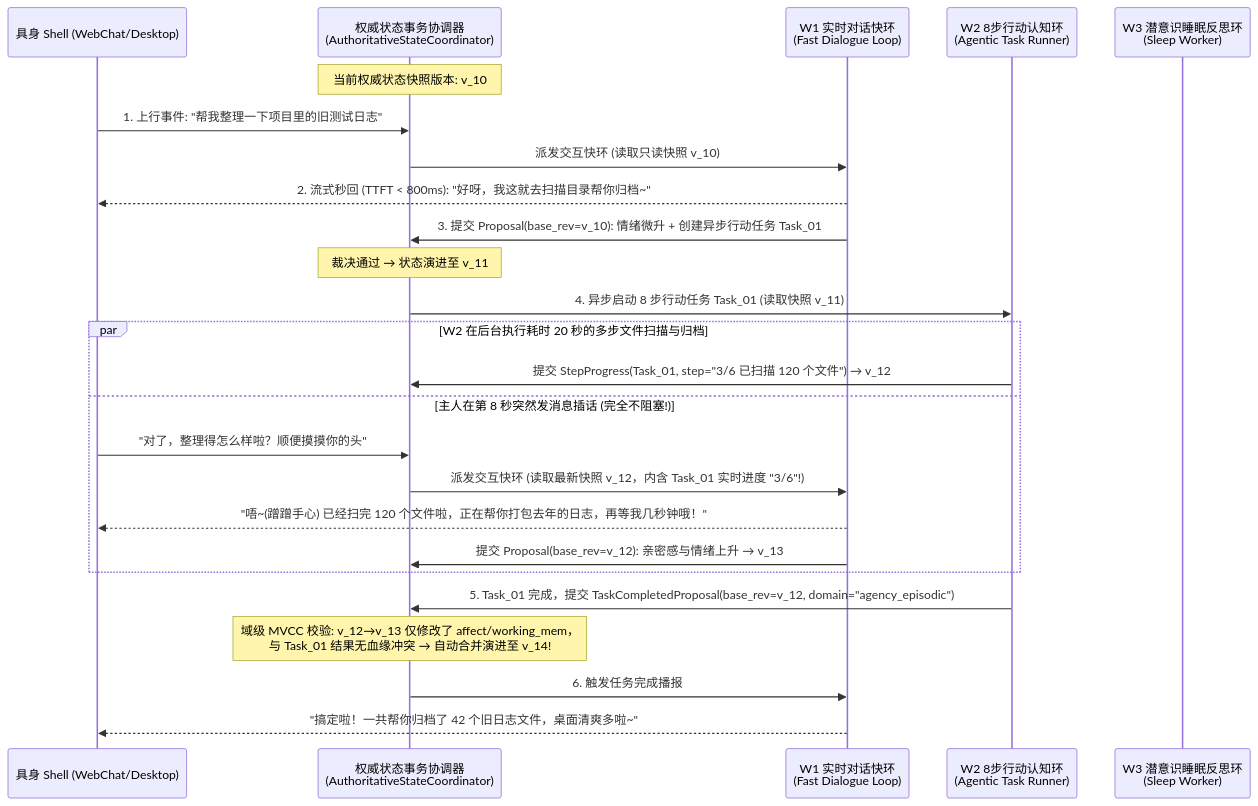
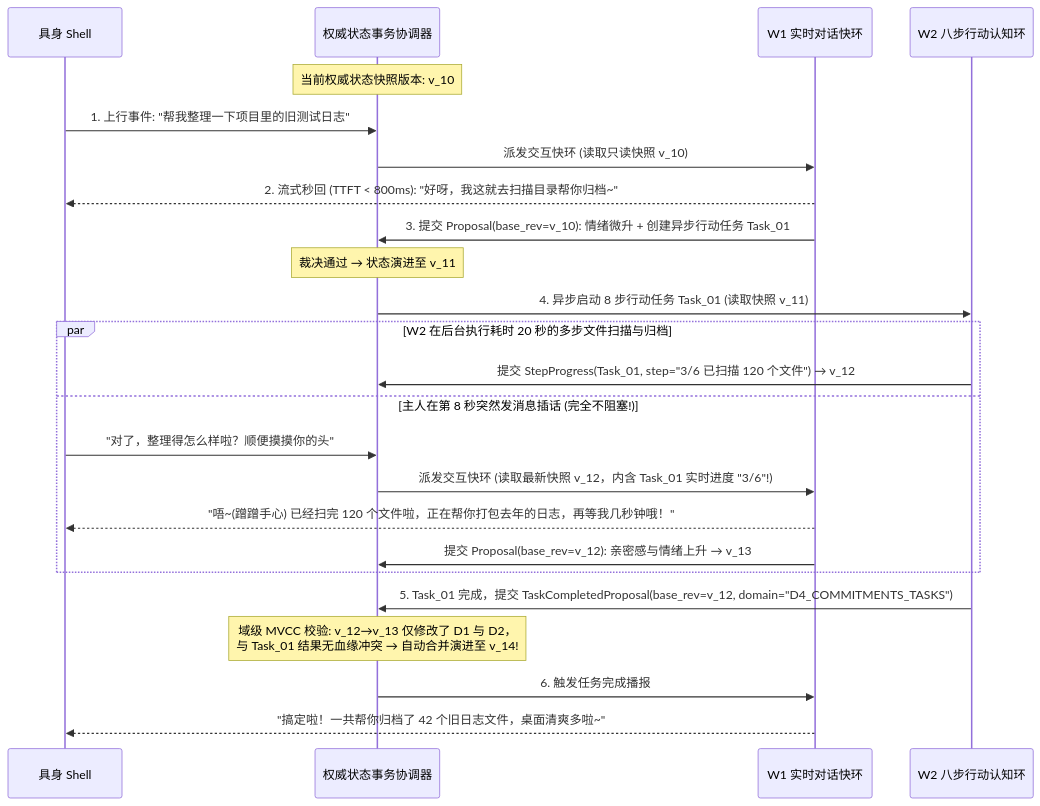
Before and after one commit to reina0721/ai0: the first of 2 diagrams in docs/architecture/03-runtime-coordinator-and-agency-loop.md, drawn with Mermaid. The commit also changed other lines of this file and 156 other files, not shown here.

````diff
--- a/docs/architecture/03-runtime-coordinator-and-agency-loop.md
+++ b/docs/architecture/03-runtime-coordinator-and-agency-loop.md
@@ -13,30 +27,30 @@
 ```mermaid
 sequenceDiagram
-    participant User as 具身 Shell (WebChat/Desktop)
-    participant Coord as 权威状态事务协调器<br/>(AuthoritativeStateCoordinator)
-    participant W1 as W1 实时对话快环<br/>(Fast Dialogue Loop)
-    participant W2 as W2 8步行动认知环<br/>(Agentic Task Runner)
-    participant W3 as W3 潜意识睡眠反思环<br/>(Sleep Worker)
+    participant User as 具身 Shell
+    participant Coord as 权威状态事务协调器
+    participant W1 as W1 实时对话快环
+    participant W2 as W2 八步行动认知环
+
 
     Note over Coord: 当前权威状态快照版本: v_10
     User->>Coord: 1. 上行事件: "帮我整理一下项目里的旧测试日志"
     Coord->>W1: 派发交互快环 (读取只读快照 v_10)
     W1-->>User: 2. 流式秒回 (TTFT < 800ms): "好呀，我这就去扫描目录帮你归档~"
     W1->>Coord: 3. 提交 Proposal(base_rev=v_10): 情绪微升 + 创建异步行动任务 Task_01
     Note over Coord: 裁决通过 → 状态演进至 v_11
     Coord->>W2: 4. 异步启动 8 步行动任务 Task_01 (读取快照 v_11)
     
     par W2 在后台执行耗时 20 秒的多步文件扫描与归档
         W2->>Coord: 提交 StepProgress(Task_01, step="3/6 已扫描 120 个文件") → v_12
     and 主人在第 8 秒突然发消息插话 (完全不阻塞!)
         User->>Coord: "对了，整理得怎么样啦？顺便摸摸你的头"
         Coord->>W1: 派发交互快环 (读取最新快照 v_12，内含 Task_01 实时进度 "3/6"!)
         W1-->>User: "唔~(蹭蹭手心) 已经扫完 120 个文件啦，正在帮你打包去年的日志，再等我几秒钟哦！"
         W1->>Coord: 提交 Proposal(base_rev=v_12): 亲密感与情绪上升 → v_13
     end
 
-    W2->>Coord: 5. Task_01 完成，提交 TaskCompletedProposal(base_rev=v_12, domain="agency_episodic")
-    Note over Coord: 域级 MVCC 校验: v_12→v_13 仅修改了 affect/working_mem，<br/>与 Task_01 结果无血缘冲突 → 自动合并演进至 v_14!
+    W2->>Coord: 5. Task_01 完成，提交 TaskCompletedProposal(base_rev=v_12, domain="D4_COMMITMENTS_TASKS")
+    Note over Coord: 域级 MVCC 校验: v_12→v_13 仅修改了 D1 与 D2，<br/>与 Task_01 结果无血缘冲突 → 自动合并演进至 v_14!
     Coord->>W1: 6. 触发任务完成播报
     W1-->>User: "搞定啦！一共帮你归档了 42 个旧日志文件，桌面清爽多啦~"
 ```
````
